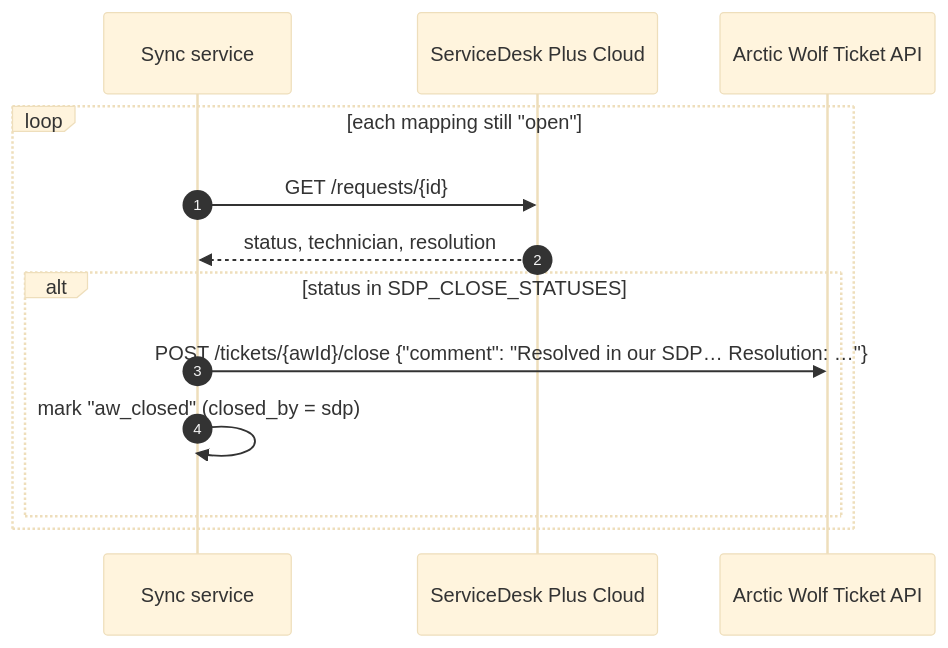
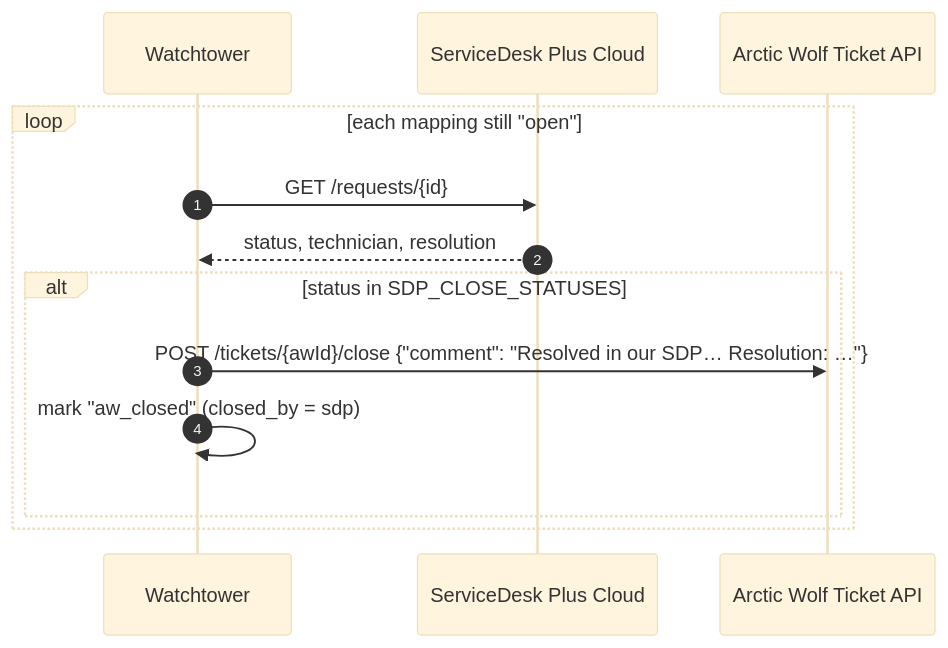
The third of 4 diagrams in docs/flows.md (andrewlistdev/Watchtower), drawn with Mermaid (base theme) before and after one commit. The commit also changed other lines of this file and 40 other files, not shown here.

````diff
--- a/docs/flows.md
+++ b/docs/flows.md
@@ -56,15 +56,15 @@
 ```mermaid
 sequenceDiagram
     autonumber
-    participant S as Sync service
+    participant S as Watchtower
     participant SDP as ServiceDesk Plus Cloud
     participant AW as Arctic Wolf Ticket API
     loop each mapping still "open"
         S->>SDP: GET /requests/{id}
         SDP-->>S: status, technician, resolution
         alt status in SDP_CLOSE_STATUSES
             S->>AW: POST /tickets/{awId}/close  {"comment": "Resolved in our SDP… Resolution: …"}
             S->>S: mark "aw_closed" (closed_by = sdp)
         end
     end
 ```
````
